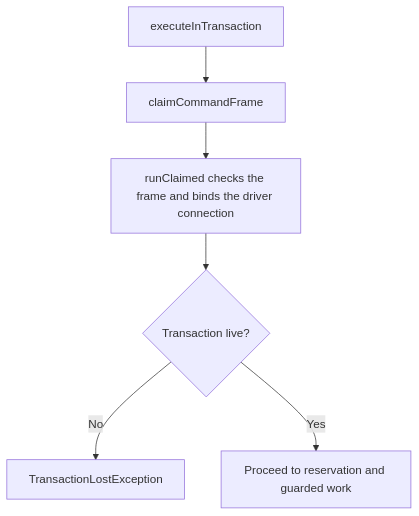
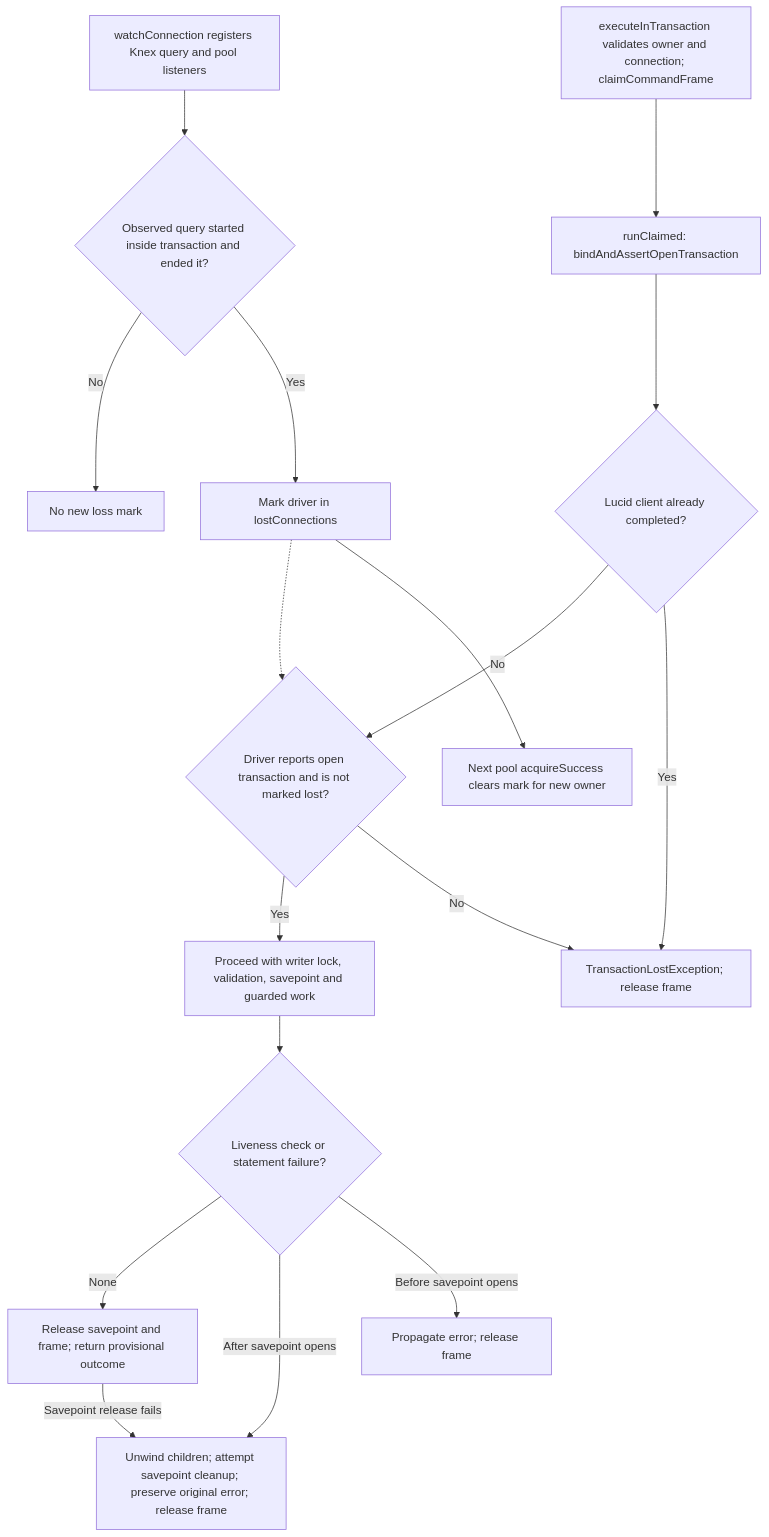
One commit to Kevinjohn/oss-adonisjs-duplicate-request-guard changed the second of 2 diagrams in user-stories/US-GUARD-06-recover-transaction.md. Above: the diagram before and after it, drawn with Mermaid. The commit also changed other lines of this file and 8 other files, not shown here.

Commit message:
docs: verify user story paths and Mermaid flows against implementation

````diff
--- a/user-stories/US-GUARD-06-recover-transaction.md
+++ b/user-stories/US-GUARD-06-recover-transaction.md
@@ -33,8 +36,19 @@
 ```mermaid
 flowchart TD
-    A["executeInTransaction"] --> B["claimCommandFrame"]
-    B --> C["runClaimed checks the frame and binds the driver connection"]
-    C --> D{"Transaction live?"}
-    D -->|No| E["TransactionLostException"]
-    D -->|Yes| F["Proceed to reservation and guarded work"]
+    W["watchConnection registers Knex query and pool listeners"] --> Q{"Observed query started inside transaction and ended it?"}
+    Q -->|Yes| L["Mark driver in lostConnections"]
+    Q -->|No| N["No new loss mark"]
+    L --> R["Next pool acquireSuccess clears mark for new owner"]
+    A["executeInTransaction validates owner and connection; claimCommandFrame"] --> C["runClaimed: bindAndAssertOpenTransaction"]
+    C --> K{"Lucid client already completed?"}
+    K -->|Yes| E["TransactionLostException; release frame"]
+    K -->|No| D{"Driver reports open transaction and is not marked lost?"}
+    L -.-> D
+    D -->|No| E
+    D -->|Yes| F["Proceed with writer lock, validation, savepoint and guarded work"]
+    F --> G{"Liveness check or statement failure?"}
+    G -->|Before savepoint opens| E2["Propagate error; release frame"]
+    G -->|After savepoint opens| H["Unwind children; attempt savepoint cleanup; preserve original error; release frame"]
+    G -->|None| I["Release savepoint and frame; return provisional outcome"]
+    I -->|Savepoint release fails| H
 ```
````
